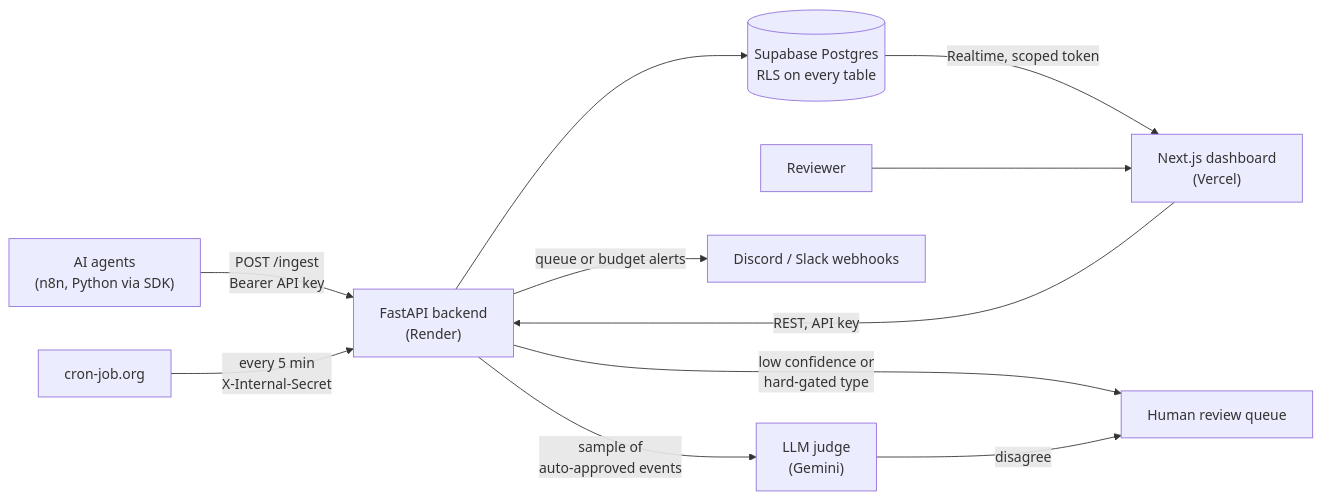
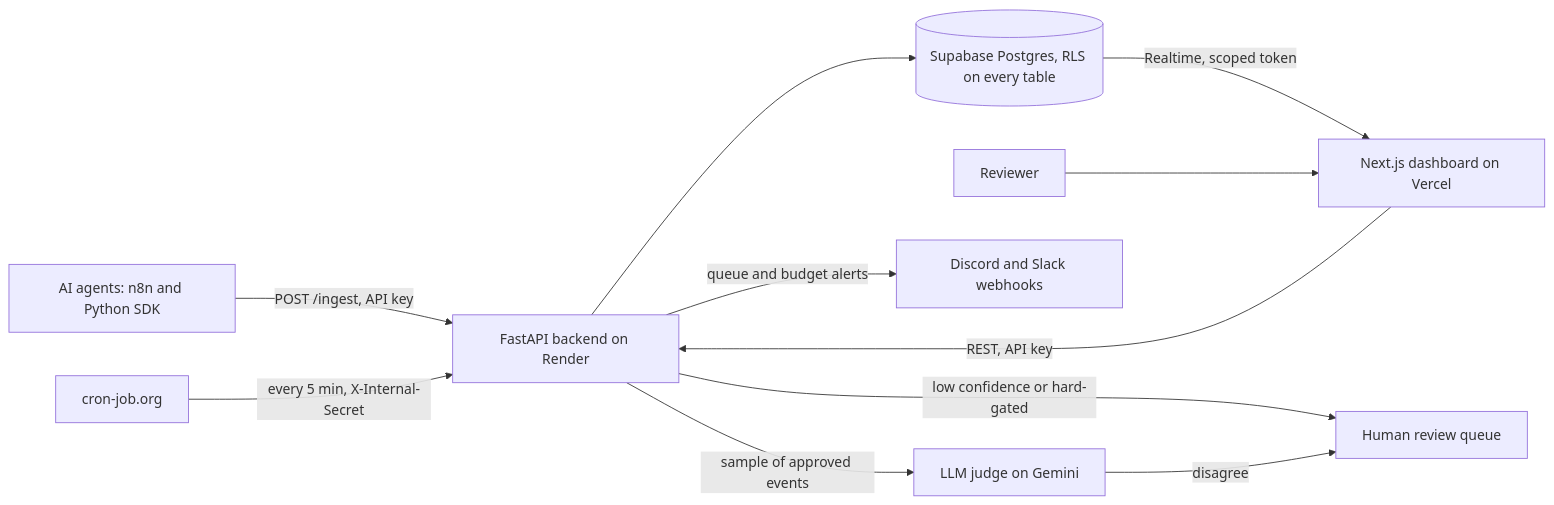
The diagram in README.md (muzammil-kj/guardloop), drawn with Mermaid before and after one commit.

Commit message:
Docs: simplify architecture diagram so GitHub renders it

````diff
--- a/README.md
+++ b/README.md
@@ -46,13 +46,13 @@
 ```mermaid
 flowchart LR
-    A["AI agents<br/>(n8n, Python via SDK)"] -->|"POST /ingest<br/>Bearer API key"| API["FastAPI backend<br/>(Render)"]
-    API --> DB[("Supabase Postgres<br/>RLS on every table")]
-    API -->|"low confidence or<br/>hard-gated type"| Q["Human review queue"]
-    API -->|"sample of<br/>auto-approved events"| J["LLM judge<br/>(Gemini)"]
+    A["AI agents: n8n and Python SDK"] -->|"POST /ingest, API key"| API["FastAPI backend on Render"]
+    API --> DB[("Supabase Postgres, RLS on every table")]
+    API -->|"low confidence or hard-gated"| Q["Human review queue"]
+    API -->|"sample of approved events"| J["LLM judge on Gemini"]
     J -->|"disagree"| Q
-    CRON["cron-job.org"] -->|"every 5 min<br/>X-Internal-Secret"| API
-    API -->|"queue or budget alerts"| CH["Discord / Slack webhooks"]
-    DB -->|"Realtime, scoped token"| UI["Next.js dashboard<br/>(Vercel)"]
+    CRON["cron-job.org"] -->|"every 5 min, X-Internal-Secret"| API
+    API -->|"queue and budget alerts"| CH["Discord and Slack webhooks"]
+    DB -->|"Realtime, scoped token"| UI["Next.js dashboard on Vercel"]
     UI -->|"REST, API key"| API
     REV["Reviewer"] --> UI
 ```
````
